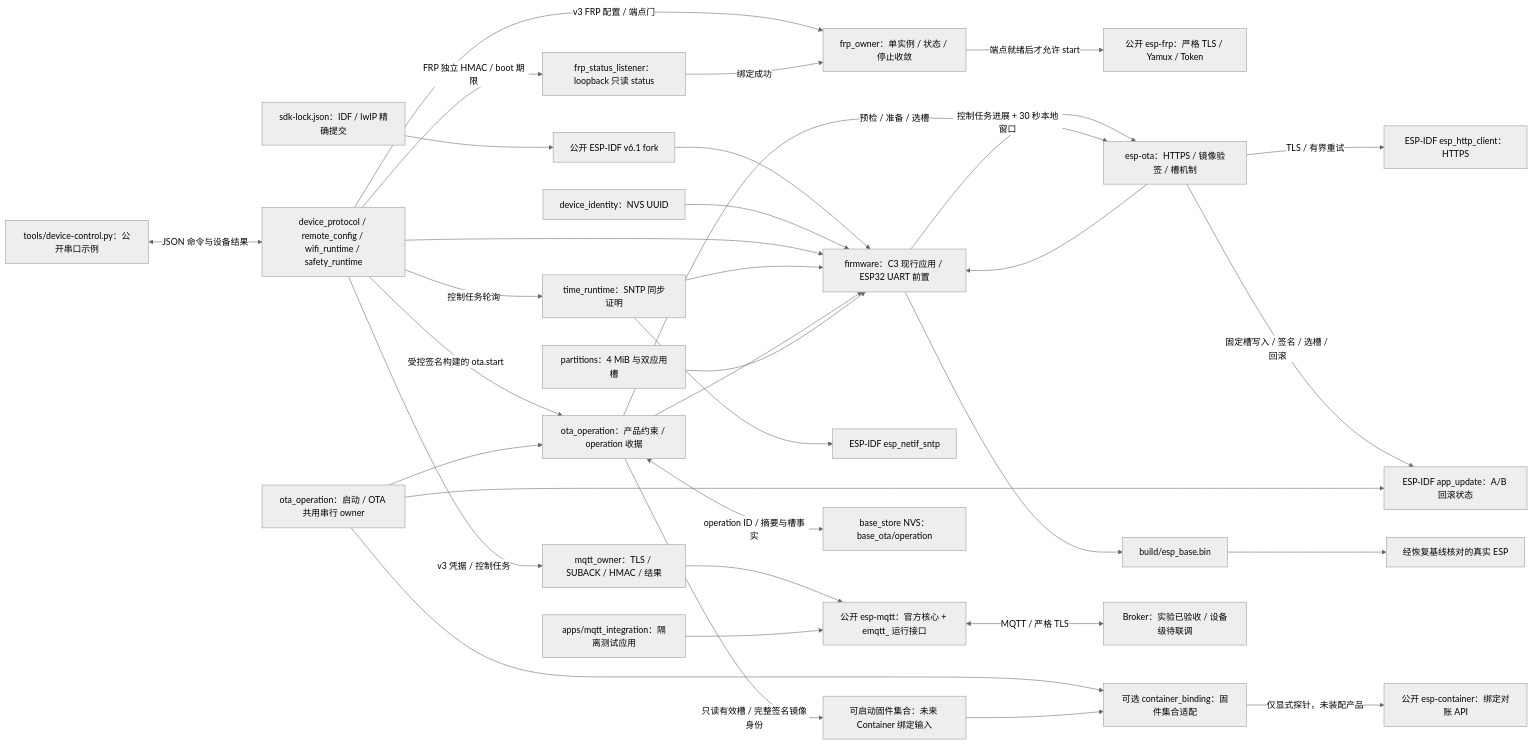
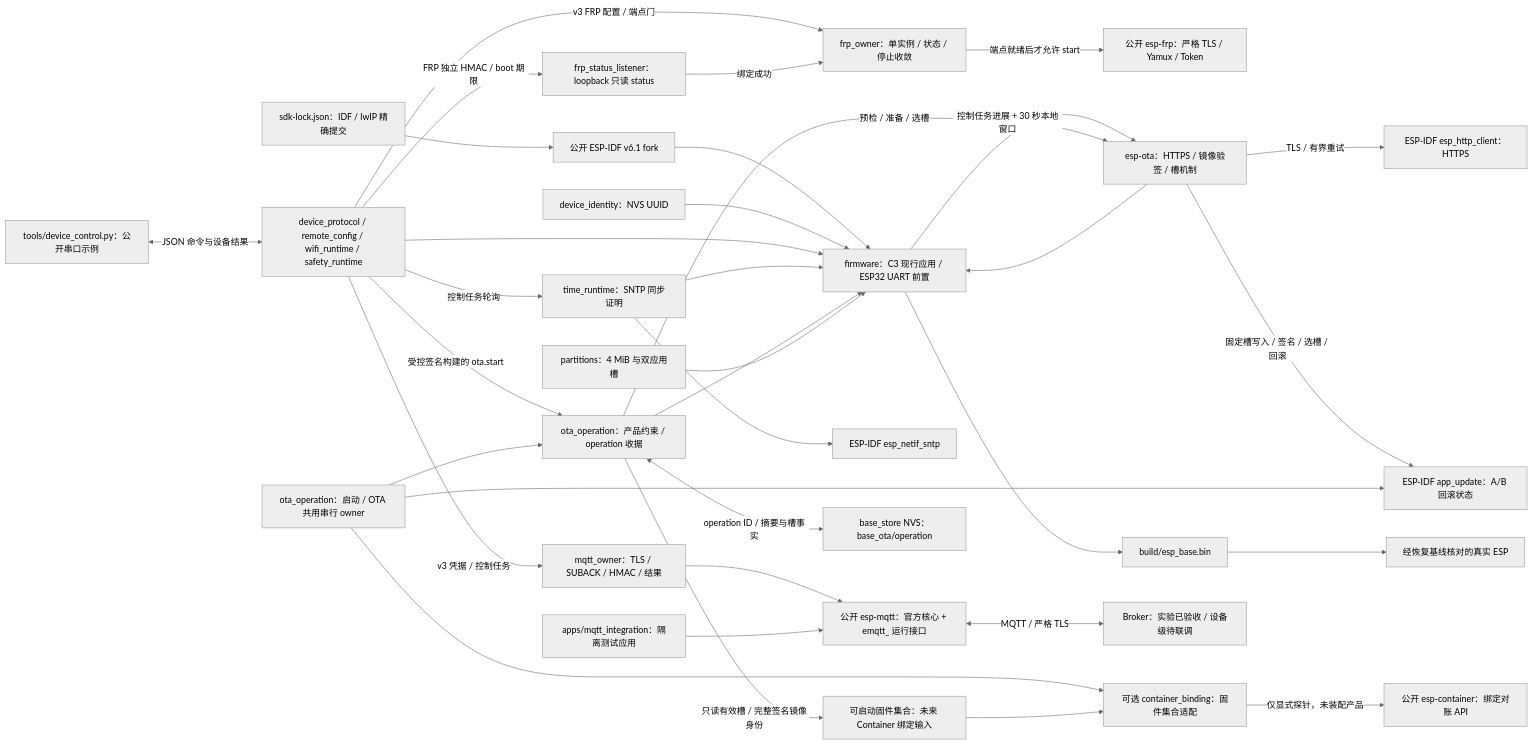
One commit to darren-you/esp-base changed the diagram in README.md. Above: the diagram before and after it, drawn with Mermaid (neutral theme). The commit also changed 5 other files, not shown here.

````diff
--- a/README.md
+++ b/README.md
@@ -7,36 +7,36 @@
 ```mermaid
 flowchart LR
     sdk_lock["sdk-lock.json：IDF / lwIP 精确提交"] --> sdk["公开 ESP-IDF v6.1 fork"]
     sdk --> firmware["firmware：C3 现行应用 / ESP32 UART 前置"]
     identity["device_identity：NVS UUID"] --> firmware
     state["device_protocol / remote_config / wifi_runtime / safety_runtime"] --> firmware
     state -->|"v3 凭据 / 控制任务"| mqtt_owner["mqtt_owner：TLS / SUBACK / HMAC / 结果"]
     mqtt_owner --> mqtt
     state -->|"v3 FRP 配置 / 端点门"| frp_owner["frp_owner：单实例 / 状态 / 停止收敛"]
     state -->|"FRP 独立 HMAC / boot 期限"| frp_status["frp_status_listener：loopback 只读 status"]
     frp_status -->|"绑定成功"| frp_owner
     frp_owner -->|"端点就绪后才允许 start"| frp["公开 esp-frp：严格 TLS / Yamux / Token"]
     time["time_runtime：SNTP 同步证明"] --> firmware
     state -->|"控制任务轮询"| time
     time --> idf_time["ESP-IDF esp_netif_sntp"]
     ota["esp-ota：HTTPS / 镜像验签 / 槽机制"] --> firmware
     receipt["ota_operation：产品约束 / operation 收据"] --> firmware
     receipt -->|"只读有效槽 / 完整签名镜像身份"| image_set["可启动固件集合：未来 Container 绑定输入"]
     firmware -->|"控制任务进展 + 30 秒本地窗口"| ota
     state -->|"受控签名构建的 ota.start"| receipt
     receipt -->|"预检 / 准备 / 选槽"| ota
     ota -->|"TLS / 有界重试"| https["ESP-IDF esp_http_client：HTTPS"]
     ota -->|"固定槽写入 / 签名 / 选槽 / 回滚"| slot["ESP-IDF app_update：A/B 回滚状态"]
     receipt <-->|"operation ID / 摘要与槽事实"| nvs["base_store NVS：base_ota/operation"]
     owner["ota_operation：启动 / OTA 共用串行 owner"] --> receipt
     owner --> slot
     binding["可选 container_binding：固件集合适配"] -->|"仅显式探针，未装配产品"| container["公开 esp-container：绑定对账 API"]
     owner --> binding
     image_set --> binding
     layout["partitions：4 MiB 与双应用槽"] --> firmware
-    host["tools/device-control.py：公开串口示例"] <-->|"JSON 命令与设备结果"| state
+    host["tools/device_control.py：公开串口示例"] <-->|"JSON 命令与设备结果"| state
     firmware --> image["build/esp_base.bin"]
     lab["apps/mqtt_integration：隔离测试应用"] --> mqtt["公开 esp-mqtt：官方核心 + emqtt_ 运行接口"]
     mqtt <-->|"MQTT / 严格 TLS"| broker["Broker：实验已验收 / 设备级待联调"]
     image --> board["经恢复基线核对的真实 ESP"]
 ```
````
